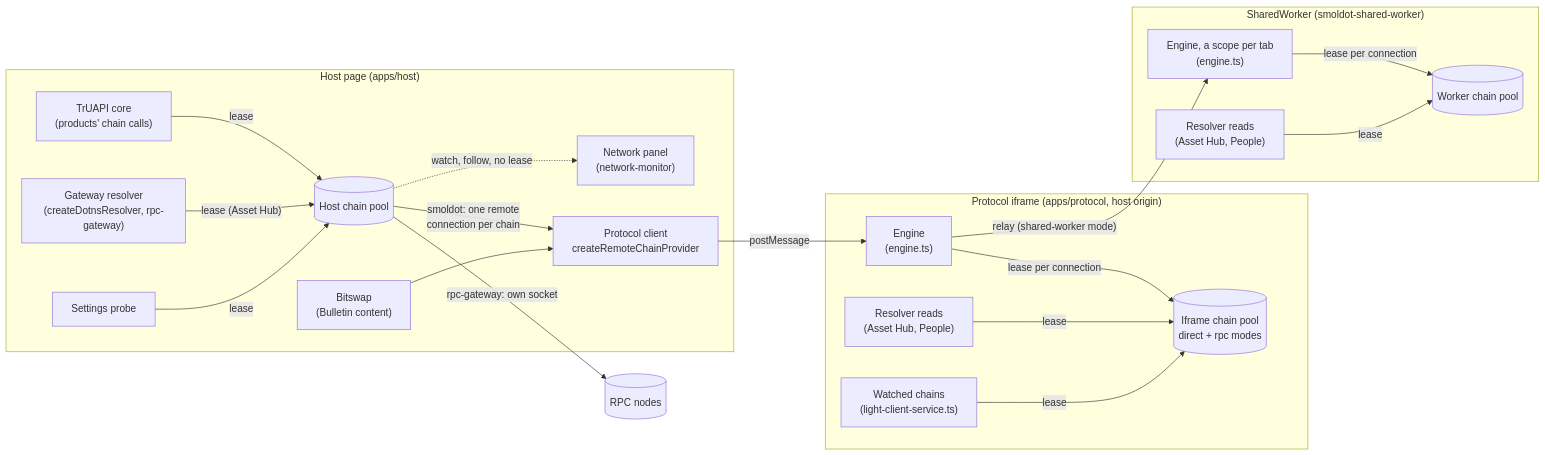
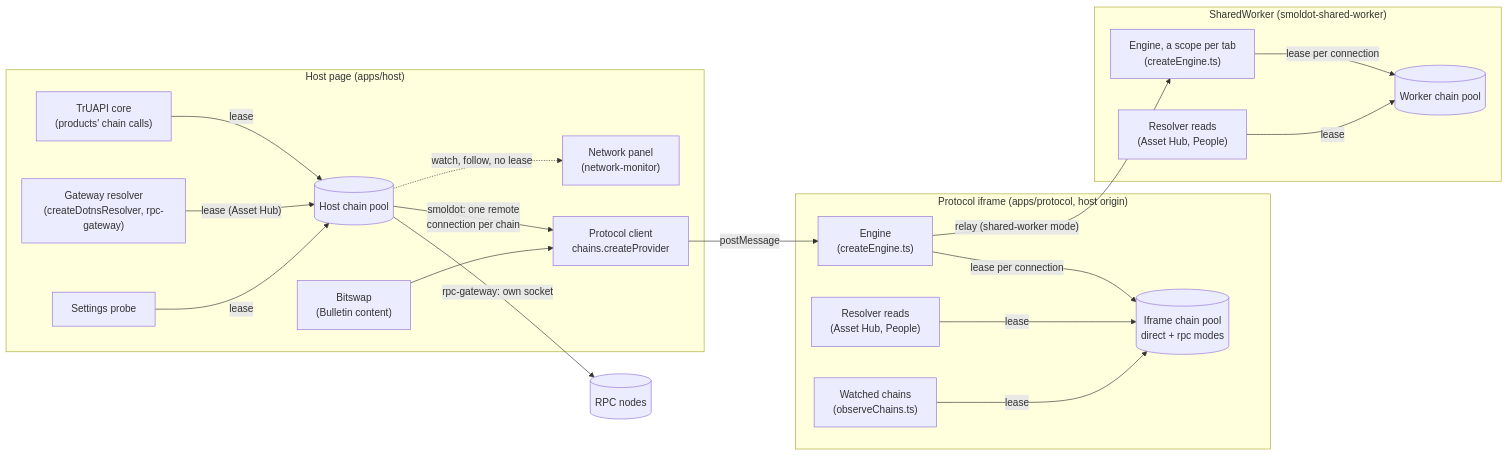
The first of 7 diagrams in docs/chain-connections.md (paritytech/dotli-community), drawn with Mermaid before and after one commit. The commit also changed other lines of this file and 2629 other files, not shown here.

````diff
--- a/docs/chain-connections.md
+++ b/docs/chain-connections.md
@@ -36,42 +36,42 @@
 ```mermaid
 flowchart LR
   subgraph Host["Host page (apps/host)"]
     Core["TrUAPI core<br/>(products' chain calls)"]
     RpcResolve["Gateway resolver<br/>(createDotnsResolver, rpc-gateway)"]
     Panel["Network panel<br/>(network-monitor)"]
     Probe["Settings probe"]
     Bitswap["Bitswap<br/>(Bulletin content)"]
-    Client["Protocol client<br/>createRemoteChainProvider"]
+    Client["Protocol client<br/>chains.createProvider"]
     HostPool[("Host chain pool")]
   end
 
   subgraph Iframe["Protocol iframe (apps/protocol, host origin)"]
-    Engine["Engine<br/>(engine.ts)"]
+    Engine["Engine<br/>(createEngine.ts)"]
     IframePool[("Iframe chain pool<br/>direct + rpc modes")]
     Resolver["Resolver reads<br/>(Asset Hub, People)"]
-    Observe["Watched chains<br/>(light-client-service.ts)"]
+    Observe["Watched chains<br/>(observeChains.ts)"]
   end
 
   subgraph Worker["SharedWorker (smoldot-shared-worker)"]
-    Sessions["Engine, a scope per tab<br/>(engine.ts)"]
+    Sessions["Engine, a scope per tab<br/>(createEngine.ts)"]
     WorkerPool[("Worker chain pool")]
     WResolver["Resolver reads<br/>(Asset Hub, People)"]
   end
 
   Nodes[("RPC nodes")]
 
   Core -- lease --> HostPool
   RpcResolve -- "lease (Asset Hub)" --> HostPool
   HostPool -.->|"watch, follow, no lease"| Panel
   Probe -- lease --> HostPool
   HostPool -- "rpc-gateway: own socket" --> Nodes
   HostPool -- "smoldot: one remote<br/>connection per chain" --> Client
   Bitswap --> Client
   Client -- postMessage --> Engine
   Engine -- "lease per connection" --> IframePool
   Resolver -- lease --> IframePool
   Observe -- lease --> IframePool
   Engine -- "relay (shared-worker mode)" --> Sessions
   Sessions -- "lease per connection" --> WorkerPool
   WResolver -- lease --> WorkerPool
 ```
````
